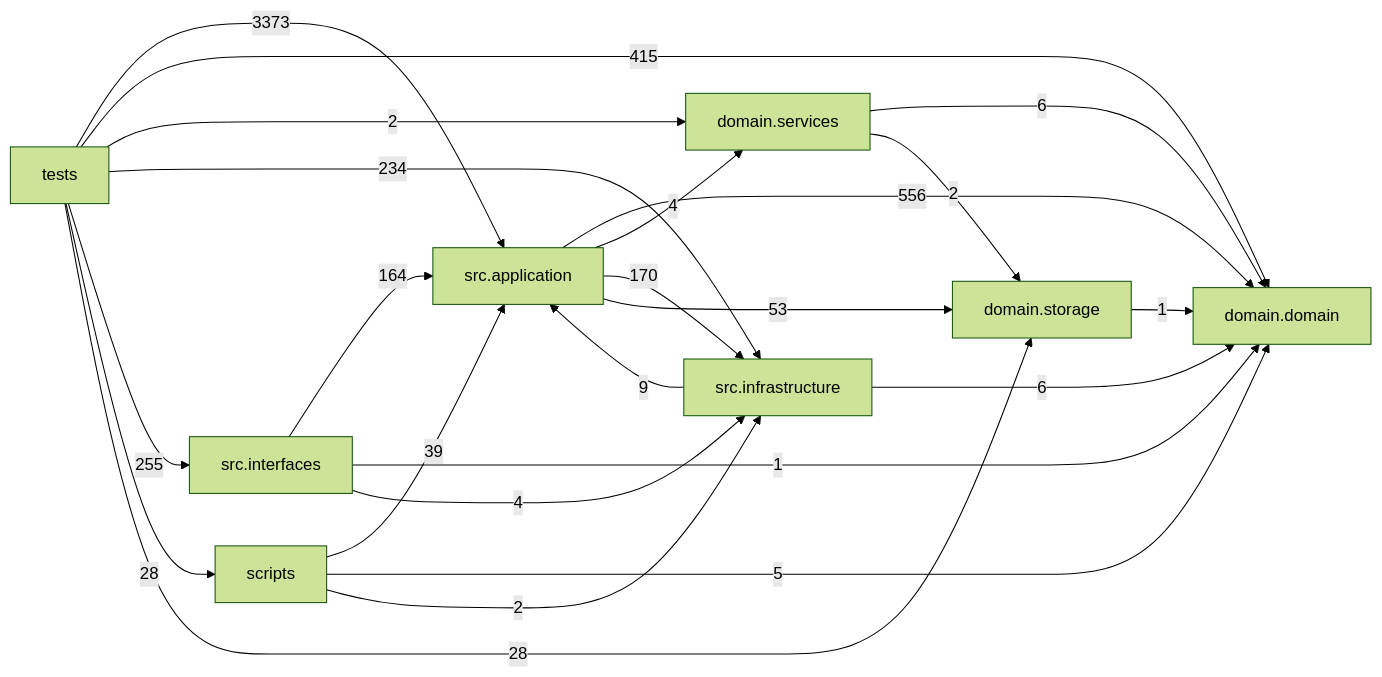
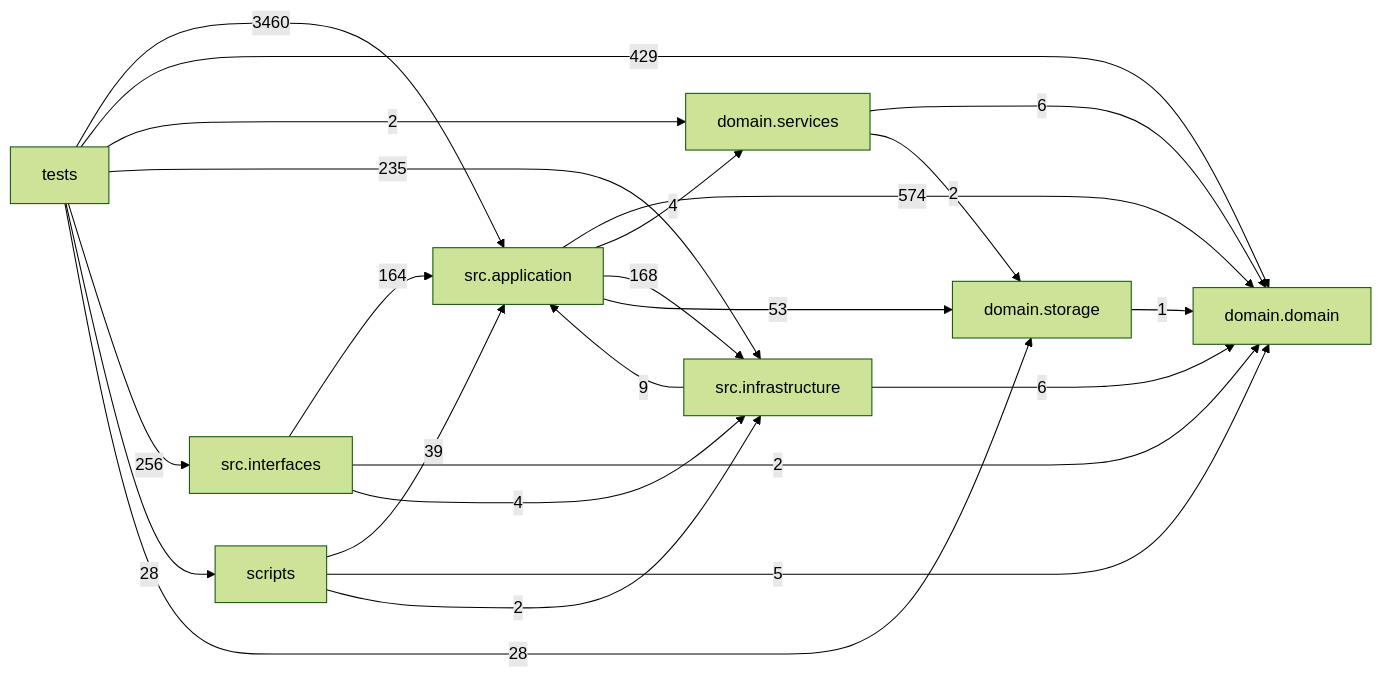
The diagram in docs/DEPENDENCY_GRAPH.md (liuxie066/options-monitor), drawn with Mermaid (forest theme) before and after one commit. The commit also changed other lines of this file and 100 other files, not shown here.

````diff
--- a/docs/DEPENDENCY_GRAPH.md
+++ b/docs/DEPENDENCY_GRAPH.md
@@ -24,33 +24,33 @@
 ```mermaid
 flowchart LR
   tests["tests"]
   scripts["scripts"]
   interfaces["src.interfaces"]
   application["src.application"]
   infrastructure["src.infrastructure"]
   domain_services["domain.services"]
   domain["domain.domain"]
   storage["domain.storage"]
-  application -->|556| domain
+  application -->|574| domain
   application -->|4| domain_services
-  application -->|170| infrastructure
+  application -->|168| infrastructure
   application -->|53| storage
   domain_services -->|6| domain
   domain_services -->|2| storage
   infrastructure -->|9| application
   infrastructure -->|6| domain
   interfaces -->|164| application
-  interfaces -->|1| domain
+  interfaces -->|2| domain
   interfaces -->|4| infrastructure
   scripts -->|39| application
   scripts -->|5| domain
   scripts -->|2| infrastructure
   storage -->|1| domain
-  tests -->|3373| application
-  tests -->|415| domain
+  tests -->|3460| application
+  tests -->|429| domain
   tests -->|2| domain_services
-  tests -->|234| infrastructure
-  tests -->|255| interfaces
+  tests -->|235| infrastructure
+  tests -->|256| interfaces
   tests -->|28| scripts
   tests -->|28| storage
 ```
````
